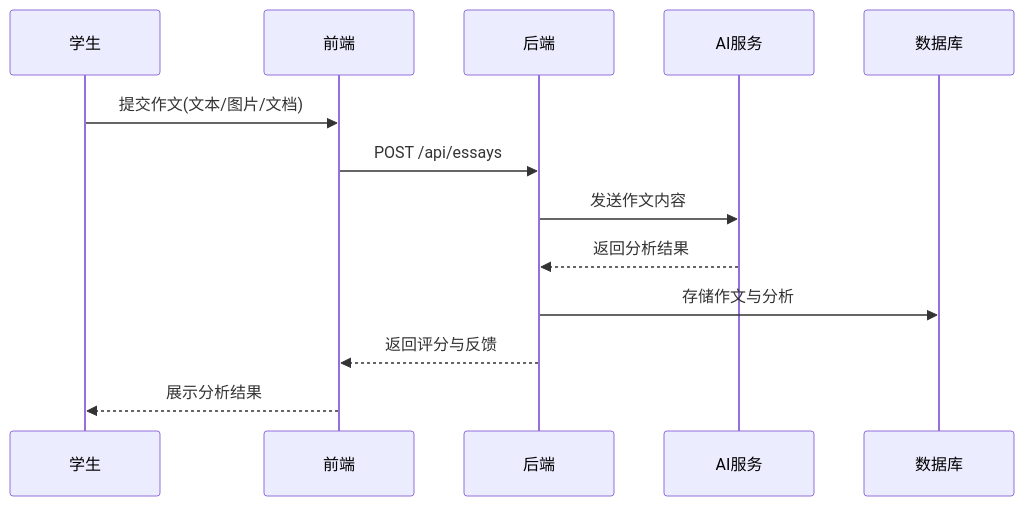
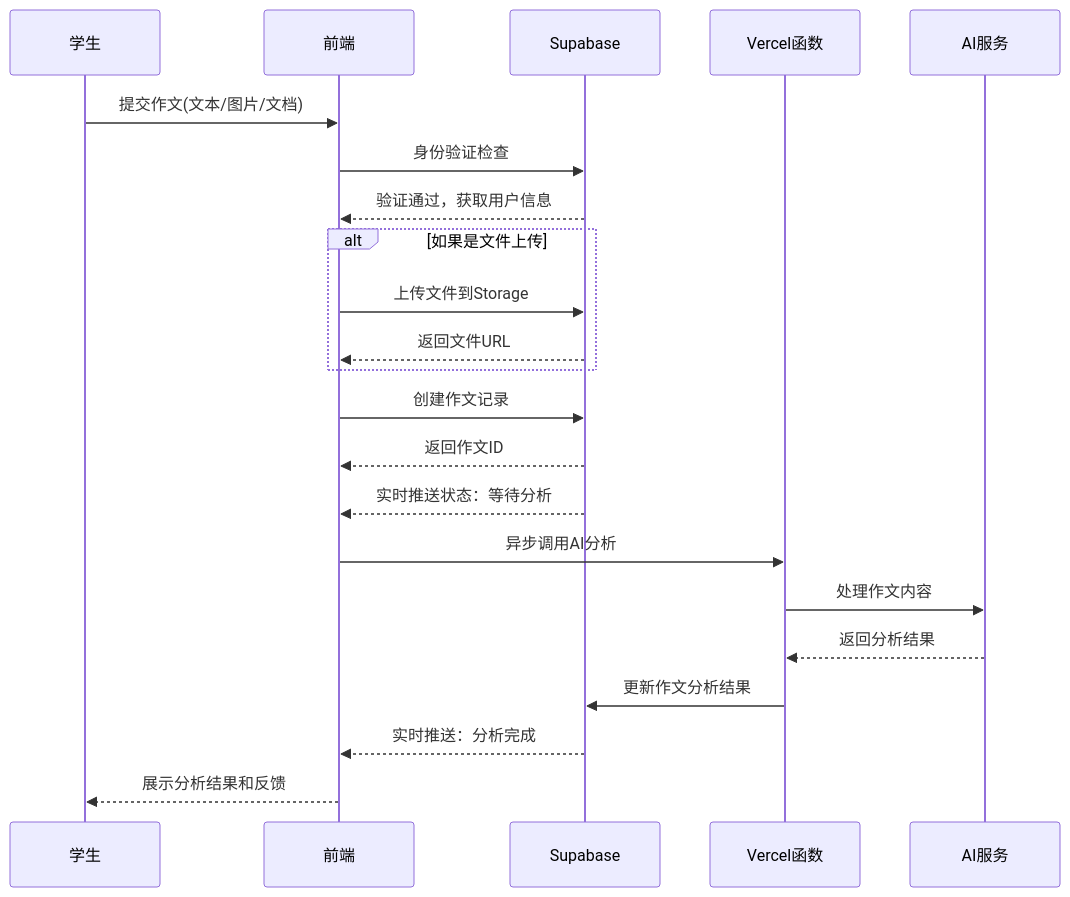
Before and after one commit to writingmarker/Documents: the second of 4 diagrams in docs/technical/architecture.md, drawn with Mermaid. The commit also changed other lines of this file, not shown here.

````diff
--- a/docs/technical/architecture.md
+++ b/docs/technical/architecture.md
@@ -168,10 +201,29 @@
 ```mermaid
 sequenceDiagram
+    participant 学生
+    participant 前端
+    participant Supabase
+    participant Vercel函数
+    participant AI服务
+
     学生->>前端: 提交作文(文本/图片/文档)
-    前端->>后端: POST /api/essays
-    后端->>AI服务: 发送作文内容
-    AI服务-->>后端: 返回分析结果
-    后端->>数据库: 存储作文与分析
-    后端-->>前端: 返回评分与反馈
-    前端-->>学生: 展示分析结果
+    前端->>Supabase: 身份验证检查
+    Supabase-->>前端: 验证通过，获取用户信息
+  
+    alt 如果是文件上传
+        前端->>Supabase: 上传文件到Storage
+        Supabase-->>前端: 返回文件URL
+    end
+  
+    前端->>Supabase: 创建作文记录
+    Supabase-->>前端: 返回作文ID
+    Supabase-->>前端: 实时推送状态：等待分析
+  
+    前端->>Vercel函数: 异步调用AI分析
+    Vercel函数->>AI服务: 处理作文内容
+    AI服务-->>Vercel函数: 返回分析结果
+  
+    Vercel函数->>Supabase: 更新作文分析结果
+    Supabase-->>前端: 实时推送：分析完成
+    前端-->>学生: 展示分析结果和反馈
 ```
````
